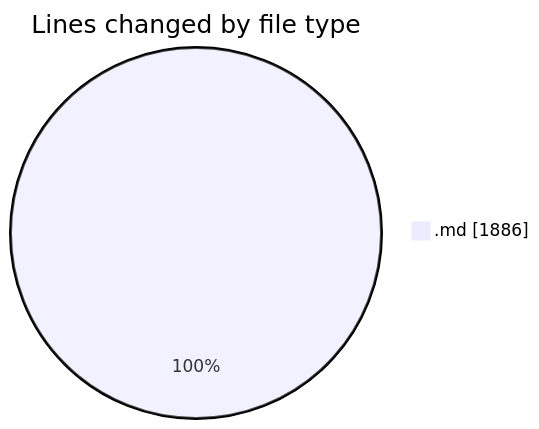
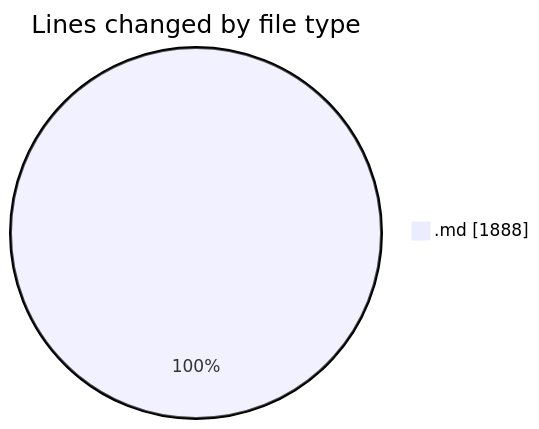
Before and after one commit to Ritupan-Deka/code-tracking: the first of 2 diagrams in 2025-07-18/urlwebwala_intership_work/README.md, drawn with Mermaid. The commit also changed other lines of this file and 1 other file, not shown here.

````diff
--- a/2025-07-18/urlwebwala_intership_work/README.md
+++ b/2025-07-18/urlwebwala_intership_work/README.md
@@ -21,5 +21,5 @@
 ```mermaid
 pie showData
 title Lines changed by file type
-".md" : 1886
+".md" : 1888
 ```
````
